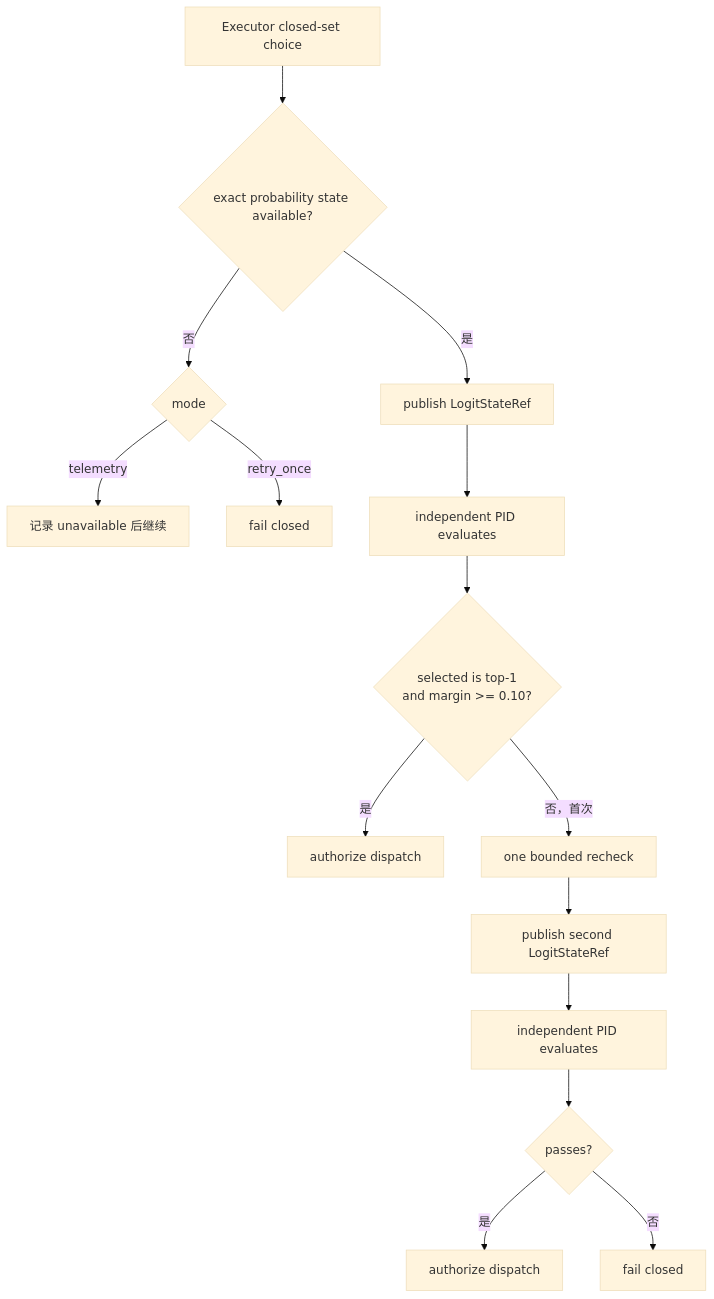
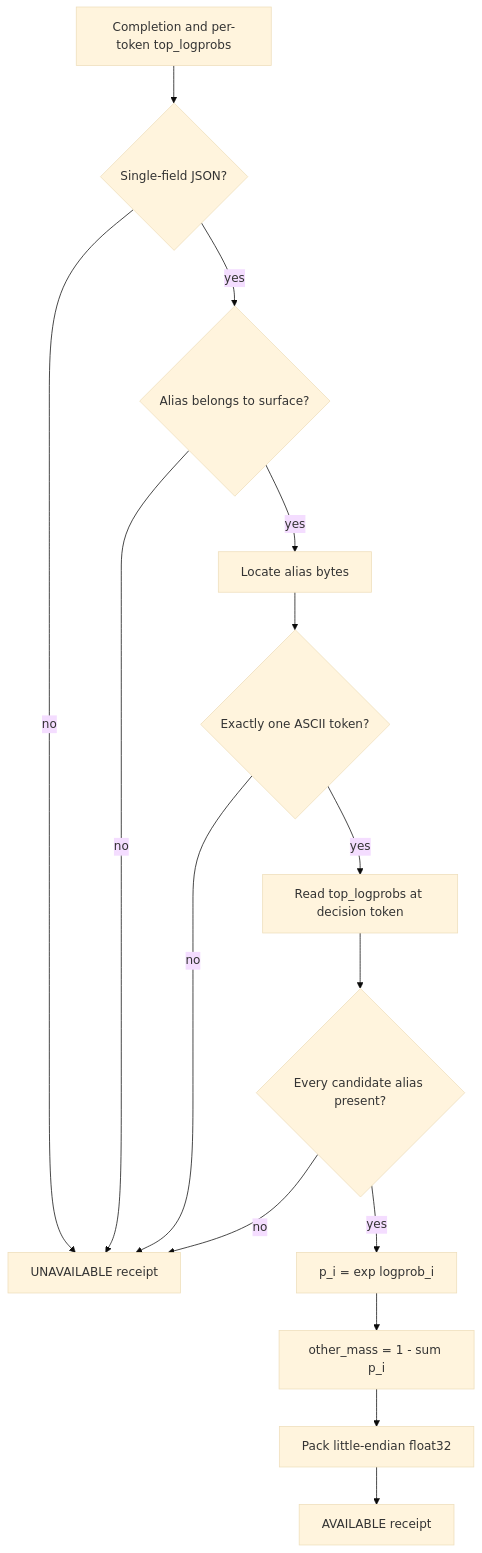
One commit to qcrs/os changed the second of 4 diagrams in docs/implementation/runtime/logit-retry-gate.md. Above: the diagram before and after it, drawn with Mermaid (base theme). The commit also changed other lines of this file and 77 other files, not shown here.

````diff
--- a/docs/implementation/runtime/logit-retry-gate.md
+++ b/docs/implementation/runtime/logit-retry-gate.md
@@ -7,17 +52,17 @@
 ```mermaid
 flowchart TD
-    C[Executor closed-set choice] --> X{exact probability state available?}
-    X -->|否| U{mode}
-    U -->|telemetry| TE[记录 unavailable 后继续]
-    U -->|retry_once| FC1[fail closed]
-    X -->|是| P[publish LogitStateRef]
-    P --> G[independent PID evaluates]
-    G --> A{selected is top-1\nand margin >= 0.10?}
-    A -->|是| OK[authorize dispatch]
-    A -->|否，首次| R[one bounded recheck]
-    R --> P2[publish second LogitStateRef]
-    P2 --> G2[independent PID evaluates]
-    G2 --> A2{passes?}
-    A2 -->|是| OK2[authorize dispatch]
-    A2 -->|否| FC2[fail closed]
+    C[Completion and per-token top_logprobs] --> J{Single-field JSON?}
+    J -->|no| U[UNAVAILABLE receipt]
+    J -->|yes| A{Alias belongs to surface?}
+    A -->|no| U
+    A -->|yes| P[Locate alias bytes]
+    P --> T{Exactly one ASCII token?}
+    T -->|no| U
+    T -->|yes| L[Read top_logprobs at decision token]
+    L --> ALL{Every candidate alias present?}
+    ALL -->|no| U
+    ALL -->|yes| E[p_i = exp logprob_i]
+    E --> O[other_mass = 1 - sum p_i]
+    O --> B[Pack little-endian float32]
+    B --> AV[AVAILABLE receipt]
 ```
````
